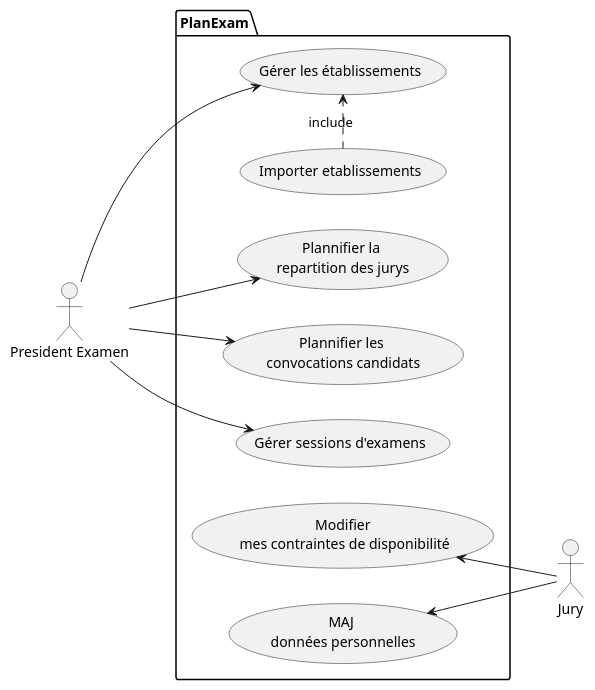
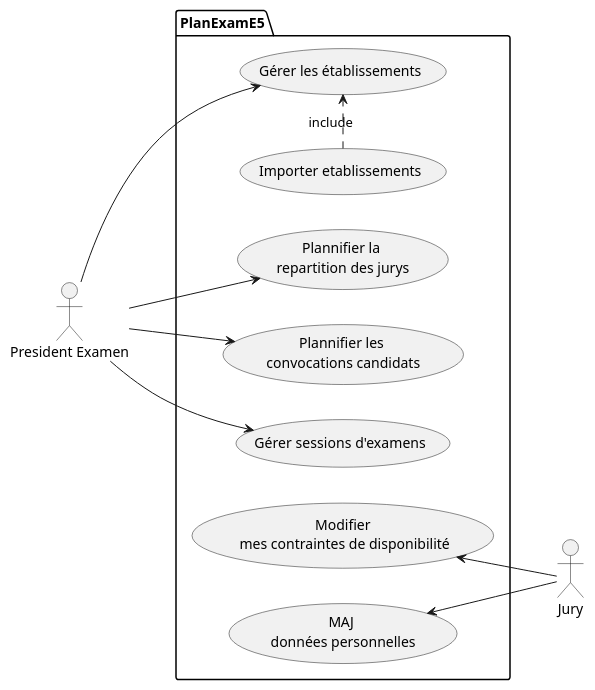
One commit to ocapuozzo/planexam changed the diagram in docs/use-case.puml. Above: the diagram before and after it, drawn with PlantUML. The commit also changed 5 other files, not shown here.

```diff
--- a/docs/use-case.puml
+++ b/docs/use-case.puml
@@ -1,39 +1,39 @@
 @startuml
 'https://plantuml.com/use-case-diagram
 left to right direction
 
 ' :Main Admin: as Admin
 :President Examen: as President
 
-package PlanExam {
+package PlanExamE5 {
 (Plannifier la \nrepartition des jurys) as (Repartir)
 (Plannifier les \nconvocations candidats) as (ConvocCandidat)
 (Gérer les établissements) as (GereEtab)
 (Importer etablissements) as (Importer)
 (Gérer sessions d'examens) as (GereSessionExam)
 (Modifier\n mes contraintes de disponibilité) as (Dispo)
 (MAJ \ndonnées personnelles) as (MAJDataPerso)
 }
 (Importer) .> (GereEtab): include
 President --> (Repartir)
 President --> (ConvocCandidat)
 President --> (GereEtab)
 President --> (GereSessionExam)
 (Dispo) <-- Jury
 (MAJDataPerso) <-- Jury
 
 '(Gérer les établissements) <-- Jury
 
 
 ' note right of Admin : This is an example.
 
 'note right of (Use)
 'A note can also
 'be on several lines
 'end note
 
 'note "This note is connected\nto several objects." as N2
 '(Repartir) .. N2
 'N2 .. (Use)
 
 @enduml
```
